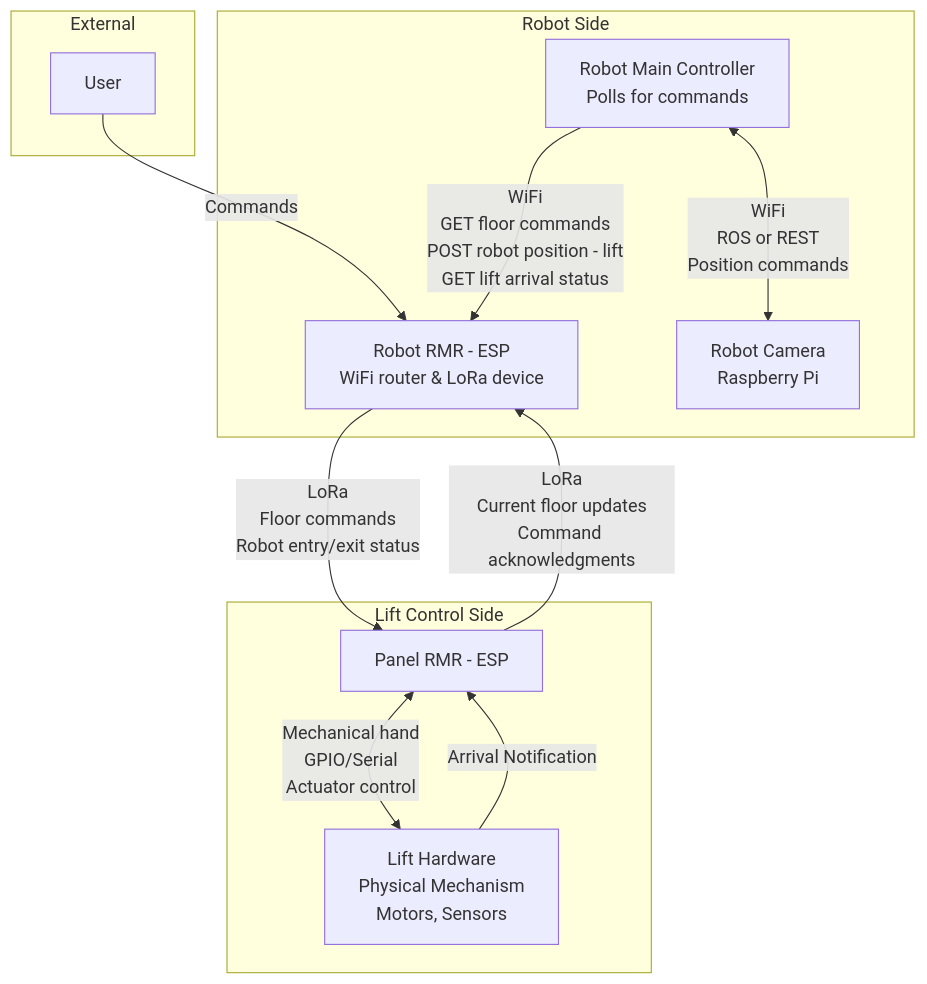
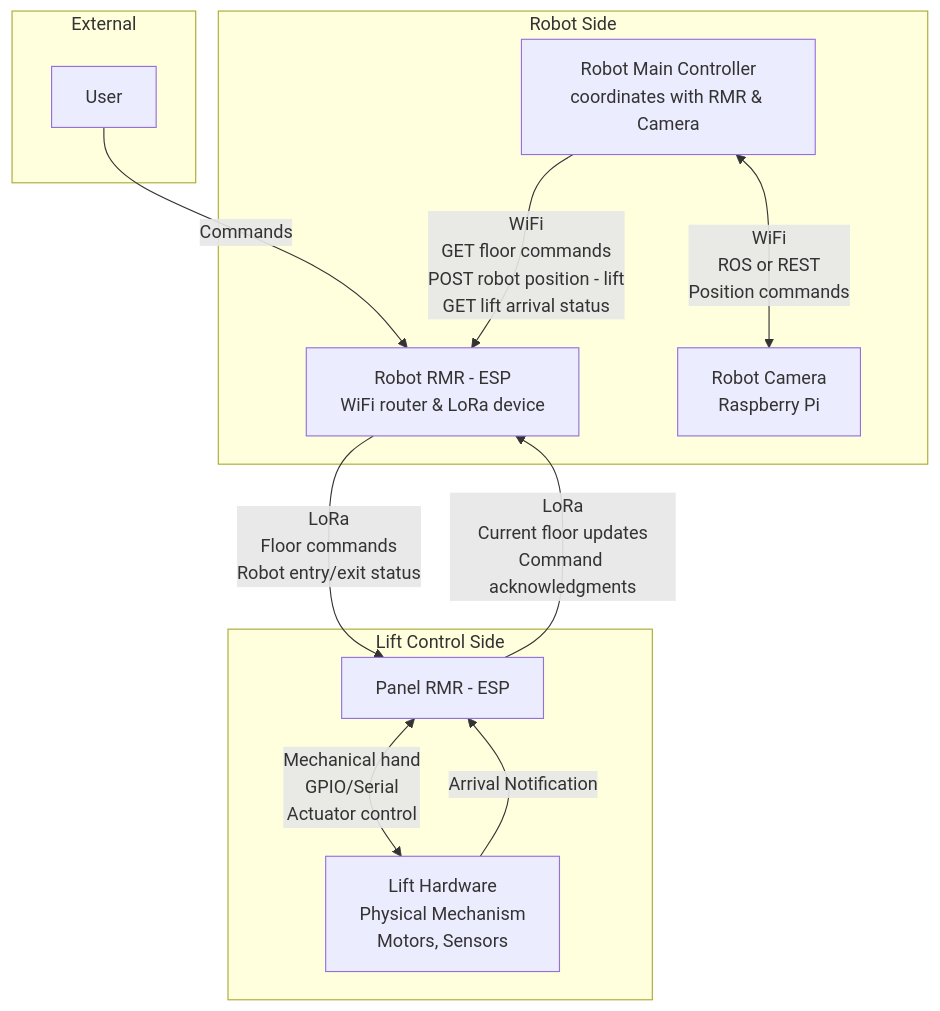
Before and after one commit to in-is-ah/rmr: the first of 2 diagrams in sequence_diagram.md, drawn with Mermaid.

Commit message:
Update Robot Main Controller description in diagram

````diff
--- a/sequence_diagram.md
+++ b/sequence_diagram.md
@@ -5,25 +5,25 @@
 ```mermaid
 graph TB
     subgraph "External"
         User[User]
     end
     
     subgraph "Robot Side"
         RobotRMR[Robot RMR - ESP<br/>WiFi router & LoRa device]
-        RobotMainController[Robot Main Controller<br/>Polls for commands]
+        RobotMainController[Robot Main Controller<br/>coordinates with RMR & Camera]
         RobotCamera[Robot Camera<br/>Raspberry Pi]
     end
     
     subgraph "Lift Control Side"
         PanelRMR[Panel RMR - ESP]
         LiftHardware[Lift Hardware<br/>Physical Mechanism<br/>Motors, Sensors]
     end
     
     User -->|Commands| RobotRMR
     RobotMainController -->|WiFi<br/>GET floor commands<br/>POST robot position - lift<br/>GET lift arrival status| RobotRMR
     RobotMainController <-->|WiFi<br/>ROS or REST<br/>Position commands| RobotCamera
     RobotRMR -->|LoRa<br/>Floor commands<br/>Robot entry/exit status| PanelRMR
     PanelRMR -->|LoRa<br/>Current floor updates<br/>Command acknowledgments| RobotRMR
     PanelRMR <-->|Mechanical hand<br/>GPIO/Serial<br/>Actuator control| LiftHardware
     LiftHardware -->|Arrival Notification| PanelRMR
 ```
````
